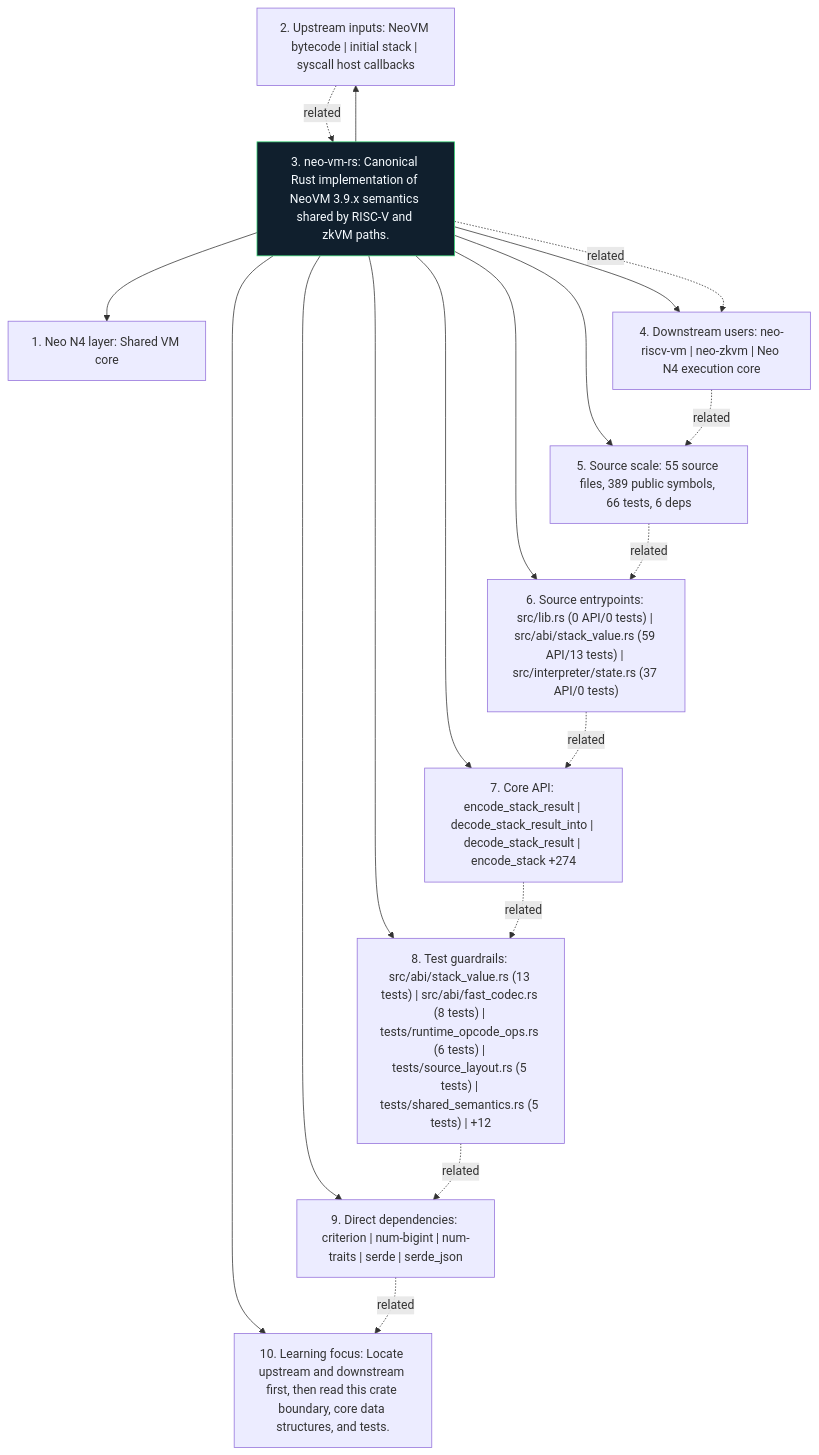
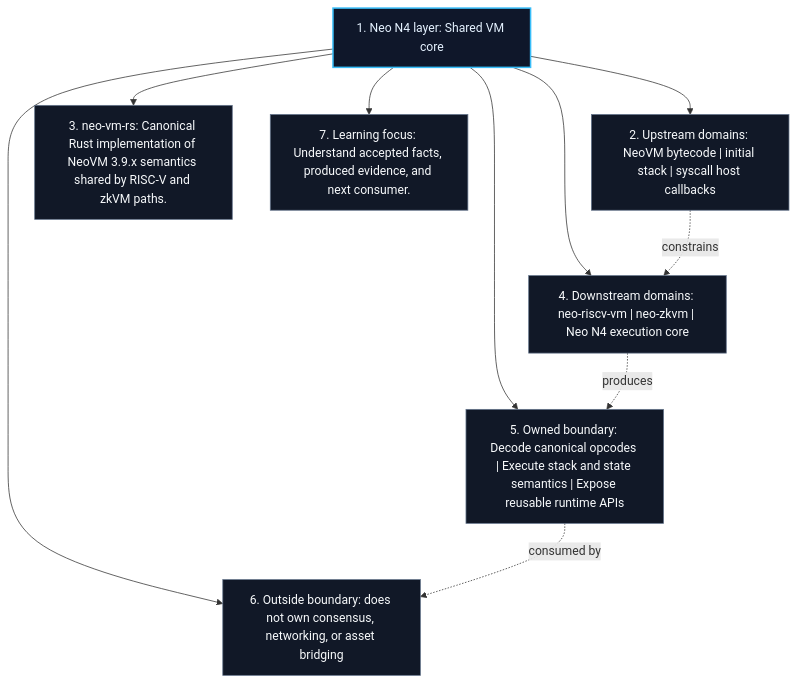
The diagram in docs/figures/position.mmd (r3e-network/neo-vm-rs), drawn with Mermaid before and after one commit. The commit also changed 63 other files, not shown here.

Commit message:
Replace crate diagrams with technical views

```diff
--- a/docs/figures/position.mmd
+++ b/docs/figures/position.mmd
@@ -1,30 +1,21 @@
 flowchart TB
     N1["1. Neo N4 layer: Shared VM core"]
-    N2["2. Upstream inputs: NeoVM bytecode | initial stack | syscall host callbacks"]
+    N2["2. Upstream domains: NeoVM bytecode | initial stack | syscall host callbacks"]
     N3["3. neo-vm-rs: Canonical Rust implementation of NeoVM 3.9.x semantics shared by RISC-V and zkVM paths."]
-    N4["4. Downstream users: neo-riscv-vm | neo-zkvm | Neo N4 execution core"]
-    N5["5. Source scale: 55 source files, 389 public symbols, 66 tests, 6 deps"]
-    N6["6. Source entrypoints: src/lib.rs (0 API/0 tests) | src/abi/stack_value.rs (59 API/13 tests) | src/interpreter/state.rs (37 API/0 tests)"]
-    N7["7. Core API: encode_stack_result | decode_stack_result_into | decode_stack_result | encode_stack +274"]
-    N8["8. Test guardrails: src/abi/stack_value.rs (13 tests) | src/abi/fast_codec.rs (8 tests) | tests/runtime_opcode_ops.rs (6 tests) | tests/source_layout.rs (5 tests) | tests/shared_semantics.rs (5 tests) | +12"]
-    N9["9. Direct dependencies: criterion | num-bigint | num-traits | serde | serde_json"]
-    N10["10. Learning focus: Locate upstream and downstream first, then read this crate boundary, core data structures, and tests."]
-    N3 --> N1
-    N3 --> N2
-    N3 --> N4
-    N3 --> N5
-    N3 --> N6
-    N3 --> N7
-    N3 --> N8
-    N3 --> N9
-    N3 --> N10
-    N2 -. related .-> N3
-    N3 -. related .-> N4
-    N4 -. related .-> N5
-    N5 -. related .-> N6
-    N6 -. related .-> N7
-    N7 -. related .-> N8
-    N8 -. related .-> N9
-    N9 -. related .-> N10
-    classDef crate fill:#101f2d,stroke:#38d978,color:#f6fbff
-    class N3 crate
+    N4["4. Downstream domains: neo-riscv-vm | neo-zkvm | Neo N4 execution core"]
+    N5["5. Owned boundary: Decode canonical opcodes | Execute stack and state semantics | Expose reusable runtime APIs"]
+    N6["6. Outside boundary: does not own consensus, networking, or asset bridging"]
+    N7["7. Learning focus: Understand accepted facts, produced evidence, and next consumer."]
+    N1 --> N2
+    N1 --> N3
+    N1 --> N4
+    N1 --> N5
+    N1 --> N6
+    N1 --> N7
+    N2 -. constrains .-> N4
+    N4 -. produces .-> N5
+    N5 -. consumed by .-> N6
+    classDef core fill:#0f172a,stroke:#38bdf8,color:#e5f2ff,stroke-width:2px;
+    classDef support fill:#111827,stroke:#64748b,color:#f8fafc;
+    class N1 core;
+    class N2,N3,N4,N5,N6,N7 support;
```
